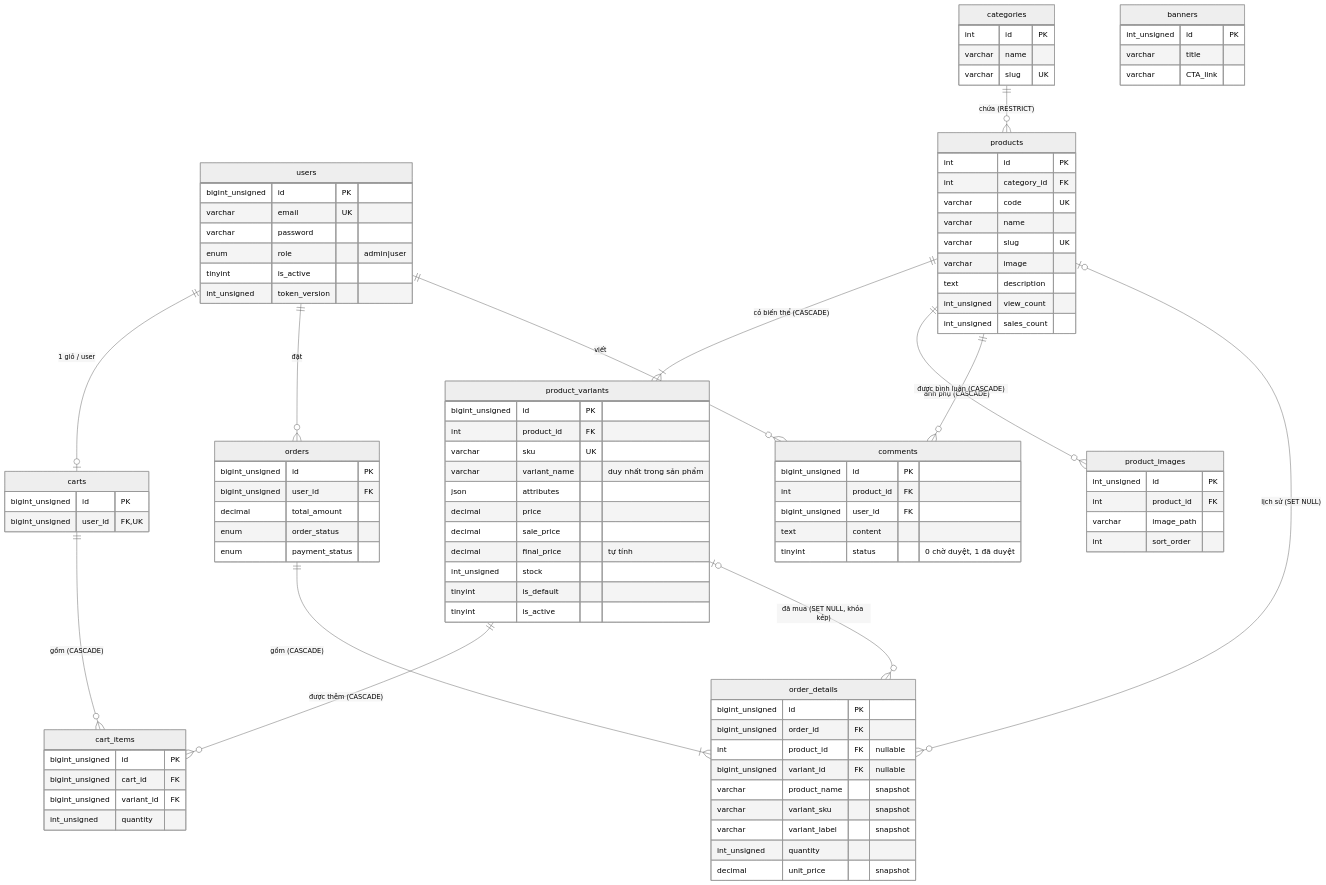
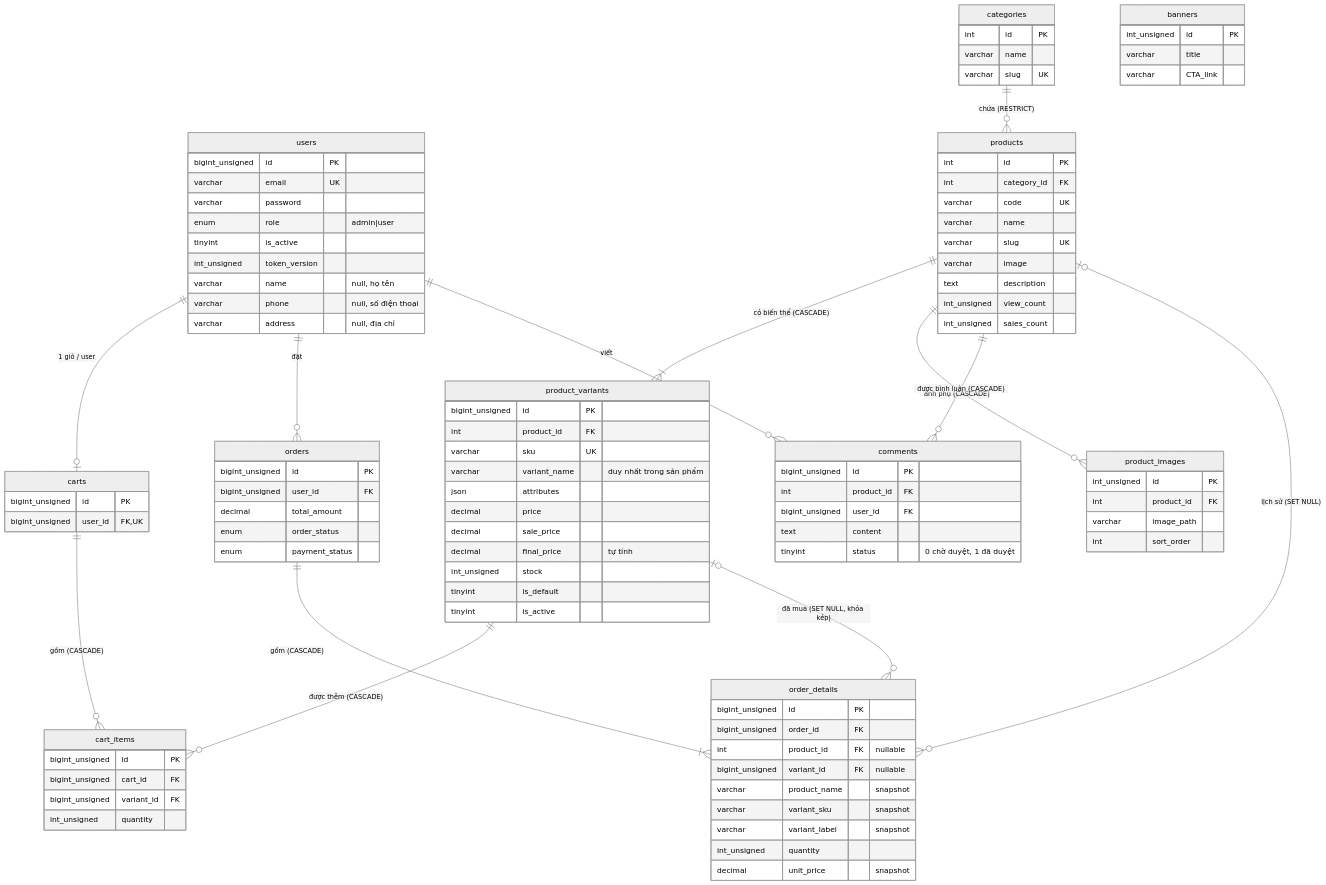
One commit to zdevlongnguz-blip/du-an-1 changed the diagram in BE/database/database-schema.md. Above: the diagram before and after it, drawn with Mermaid (neutral theme). The commit also changed other lines of this file and 27 other files, not shown here.

```diff
--- a/BE/database/database-schema.md
+++ b/BE/database/database-schema.md
@@ -30,6 +30,9 @@
         enum role "admin|user"
         tinyint is_active
         int_unsigned token_version
+        varchar name "null, họ tên"
+        varchar phone "null, số điện thoại"
+        varchar address "null, địa chỉ"
     }
     categories {
         int id PK
```
